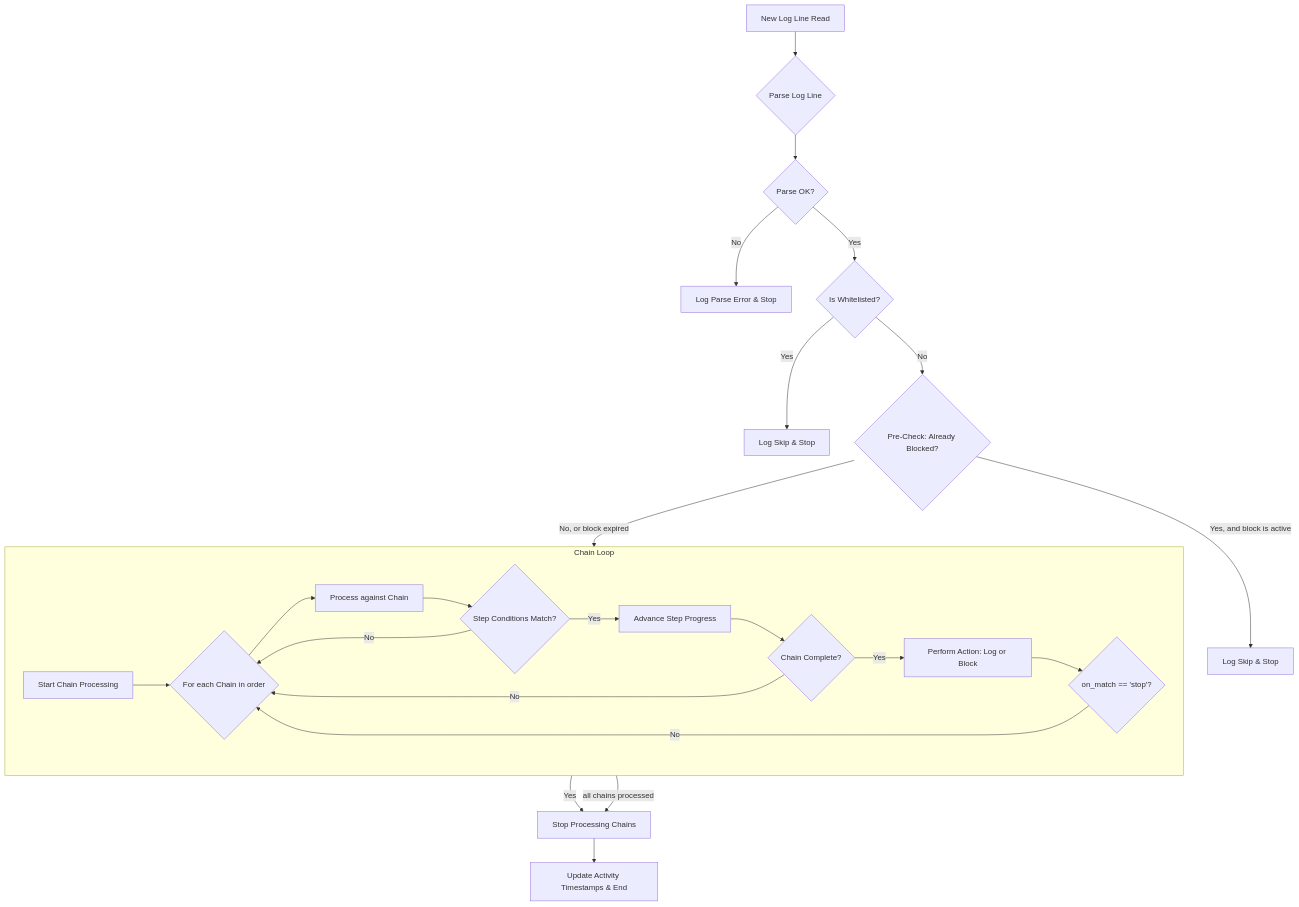
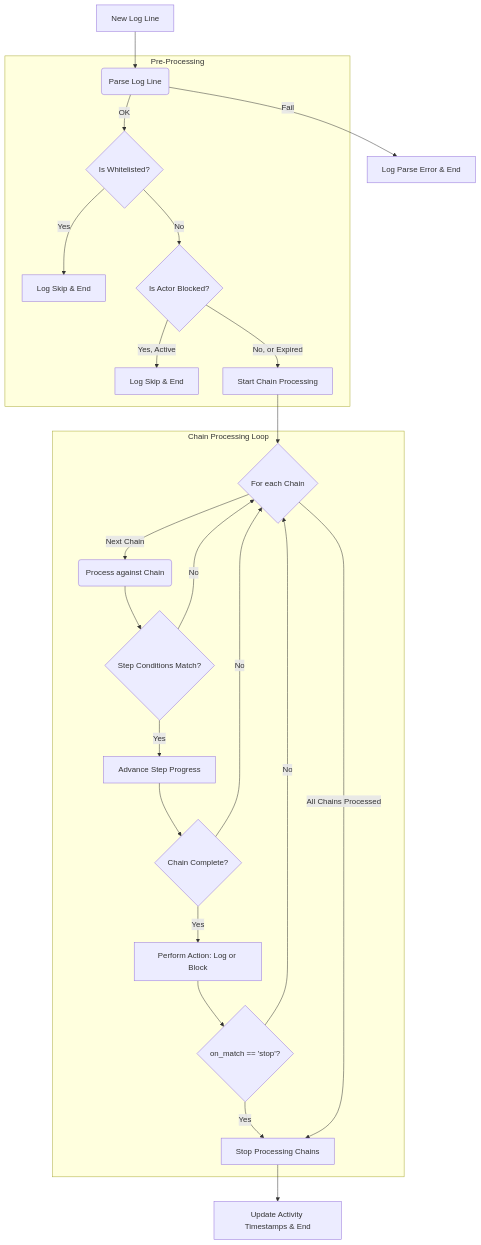
Before and after one commit to metabrainz/bot-detector: the diagram in README.md, drawn with Mermaid.

Commit message:
Rework the Mermaid graph

````diff
--- a/README.md
+++ b/README.md
@@ -388,29 +388,31 @@
 ```mermaid
-graph TD
-    A[New Log Line Read] --> B{Parse Log Line};
-    B --> C{Parse OK?};
-    C -- No --> C1[Log Parse Error & Stop];
-    C -- Yes --> D{Is Whitelisted?};
-    D -- Yes --> D1[Log Skip & Stop];
-    D -- No --> E{Pre-Check: Already Blocked?};
-    E -- Yes, and block is active --> E1[Log Skip & Stop];
-    E -- No, or block expired --> F[Start Chain Processing];
+graph TD;
+    A[New Log Line] --> B(Parse Log Line);
 
-    subgraph Chain Loop
-        direction LR
-        F --> G{For each Chain in order};
-        G --> H[Process against Chain];
-        H --> I{Step Conditions Match?};
-        I -- No --> G;
-        I -- Yes --> J[Advance Step Progress];
-        J --> K{Chain Complete?};
-        K -- No --> G;
-        K -- Yes --> L[Perform Action: Log or Block]
-        L --> M{"on_match == 'stop'?"};
-        M -- No --> G;
+    subgraph Pre-Processing
+        B -- OK --> C{Is Whitelisted?};
+        C -- Yes --> D[Log Skip & End];
+        C -- No --> E{Is Actor Blocked?};
+        E -- Yes, Active --> F[Log Skip & End];
+        E -- No, or Expired --> G[Start Chain Processing];
     end
 
-    M -- Yes --> Z[Stop Processing Chains];
-    G -- all chains processed --> Z;
-    Z --> Z1[Update Activity Timestamps & End];
+    B -- Fail --> H[Log Parse Error & End];
+
+    subgraph Chain Processing Loop
+        G --> Loop{For each Chain};
+        Loop -- Next Chain --> I(Process against Chain);
+        I --> J{Step Conditions Match?};
+        J -- No --> Loop;
+        J -- Yes --> K[Advance Step Progress];
+        K --> L{Chain Complete?};
+        L -- No --> Loop;
+        L -- Yes --> M[Perform Action: Log or Block];
+        M --> N{on_match == 'stop'?};
+        N -- Yes --> EndLoop[Stop Processing Chains];
+        N -- No --> Loop;
+    end
+
+    Loop -- All Chains Processed --> EndLoop;
+    EndLoop --> Z[Update Activity Timestamps & End];
 ```
````
